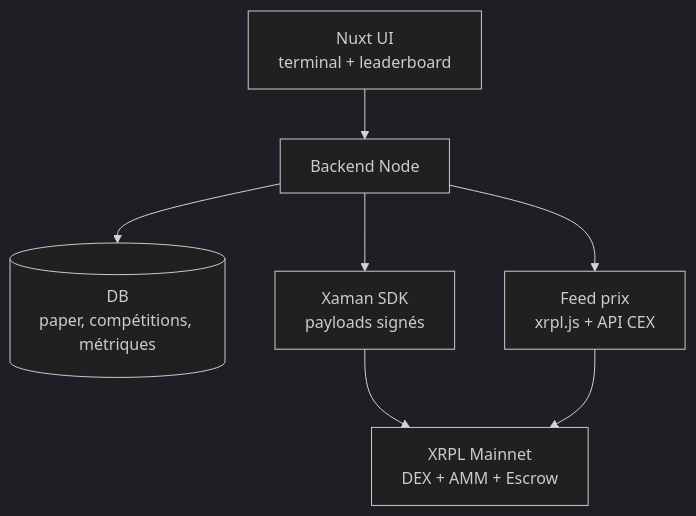
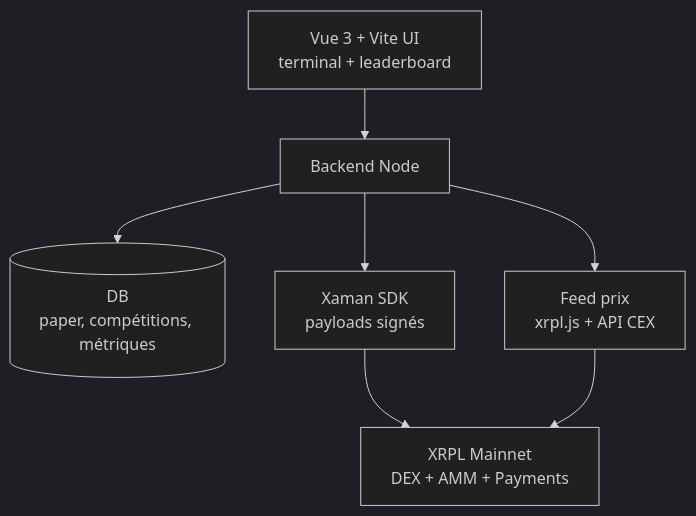
Before and after one commit to STOOOKEEE/Make-waves: the first of 3 diagrams in docs/SPEC.md, drawn with Mermaid. The commit also changed other lines of this file and 55 other files, not shown here.

````diff
--- a/docs/SPEC.md
+++ b/docs/SPEC.md
@@ -26,10 +26,10 @@
 ```mermaid
 %%{init: {"theme": "dark", "flowchart": {"useMaxWidth": true}}}%%
 graph TB
-    UI[Nuxt UI<br/>terminal + leaderboard] --> API[Backend Node]
+    UI[Vue 3 + Vite UI<br/>terminal + leaderboard] --> API[Backend Node]
     API --> DB[(DB<br/>paper, compétitions, métriques)]
     API --> PRICE[Feed prix<br/>xrpl.js + API CEX]
     API --> XAMAN[Xaman SDK<br/>payloads signés]
-    XAMAN --> XRPL[XRPL Mainnet<br/>DEX + AMM + Escrow]
+    XAMAN --> XRPL[XRPL Mainnet<br/>DEX + AMM + Payments]
     PRICE --> XRPL
 ```
````
